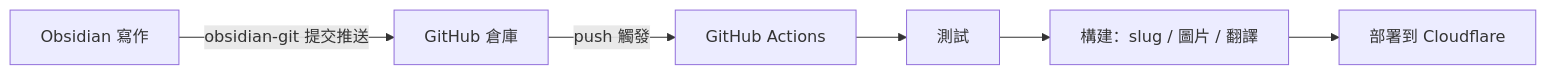
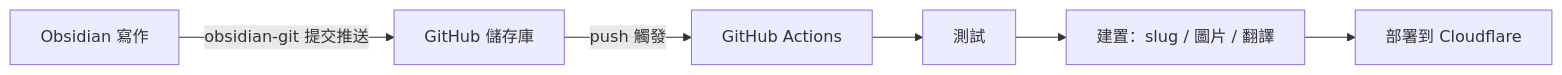
The diagram in src/i18n/content/zh-TW/blog/使用GitHub Actions 实现博客自动化更新.md (Edmounds/blog_web), drawn with Mermaid before and after one commit. The commit also changed other lines of this file and 9 other files, not shown here.

````diff
--- a/src/i18n/content/zh-TW/blog/使用GitHub Actions 实现博客自动化更新.md
+++ b/src/i18n/content/zh-TW/blog/使用GitHub Actions 实现博客自动化更新.md
@@ -24,8 +24,8 @@
 ```mermaid
 flowchart LR
-  O[Obsidian 寫作] -->|obsidian-git 提交推送| G[GitHub 倉庫]
+  O[Obsidian 寫作] -->|obsidian-git 提交推送| G[GitHub 儲存庫]
   G -->|push 觸發| A[GitHub Actions]
   A --> T[測試]
-  T --> B[構建：slug / 圖片 / 翻譯]
+  T --> B[建置：slug / 圖片 / 翻譯]
   B --> D[部署到 Cloudflare]
 ```
````
